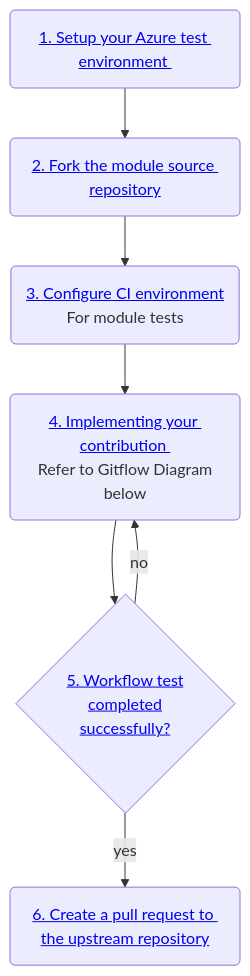
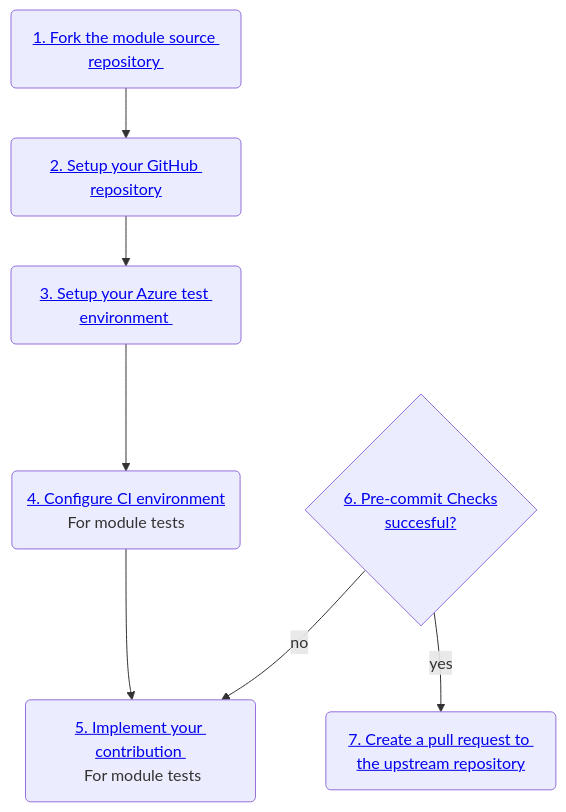
The first of 2 diagrams in docs/content/contributing/terraform/terraform-contribution-flow/_index.md (Azure/Azure-Verified-Modules), drawn with Mermaid before and after one commit. The commit also changed other lines of this file and 3 other files, not shown here.

```diff
--- a/docs/content/contributing/terraform/terraform-contribution-flow/_index.md
+++ b/docs/content/contributing/terraform/terraform-contribution-flow/_index.md
@@ -12,15 +12,16 @@
 {{< mermaid class="text-center" >}}
 flowchart TD
-A(<a href='/Azure-Verified-Modules/contributing/terraform/terraform-contribution-flow/#1-setup-your-azure-test-environment'>1. Setup your Azure test environment </a>)
-B(<a href='/Azure-Verified-Modules/contributing/terraform/terraform-contribution-flow/#1-setup-your-azure-test-environment'>2. Fork the module source repository</a>)
-C(<a href='/Azure-Verified-Modules/contributing/terraform/terraform-contribution-flow/#3-configure-your-ci-environment'>3. Configure CI environment </a> <br> For module tests)
-D(<a href='/Azure-Verified-Modules/contributing/terraform/terraform-contribution-flow/#4-implement-your-contribution'>4. Implementing your contribution </a><br> Refer to Gitflow Diagram below)
-E{<a href='/Azure-Verified-Modules/contributing/terraform/terraform-contribution-flow/#5-createupdate-and-run-tests'>5. Workflow test <br> completed <br> successfully?</a>}
-F(<a href='/Azure-Verified-Modules/contributing/terraform/terraform-contribution-flow/#6-create-a-pull-request-to-the-public-bicep-registry'>6. Create a pull request to the upstream repository</a>)
+A(<a href='/Azure-Verified-Modules/contributing/terraform/terraform-contribution-flow/#1-fork-the-module-source-repository'>1. Fork the module source repository </a>)
+B(<a href='/Azure-Verified-Modules/contributing/terraform/terraform-contribution-flow/#2-setup-your-github-repository'>2. Setup your GitHub repository</a>)
+C(<a href='/Azure-Verified-Modules/contributing/terraform/terraform-contribution-flow/#3-setup-your-azure-test-environment'>3. Setup your Azure test environment </a>)
+D(<a href='/Azure-Verified-Modules/contributing/terraform/terraform-contribution-flow/#4-configure-your-ci-environment'>4. Configure CI environment </a><br> For module tests)
+E(<a href='/Azure-Verified-Modules/contributing/terraform/terraform-contribution-flow/#5-implement-your-contribution'>5. Implement your contribution </a><br> For module tests)
+F{<a href='/Azure-Verified-Modules/contributing/terraform/terraform-contribution-flow/#6-run-pre-commit-checks'>6. Pre-commit Checks <br> succesful?</a>}
+G(<a href='/Azure-Verified-Modules/contributing/terraform/terraform-contribution-flow/#7-create-a-pull-request-to-the-upstream-repository'>7. Create a pull request to the upstream repository</a>)
 A --> B
 B --> C
 C --> D
 D --> E
-E -->|yes|F
-E -->|no|D
+F -->|yes|G
+F -->|no|E
 {{< /mermaid >}}
```
